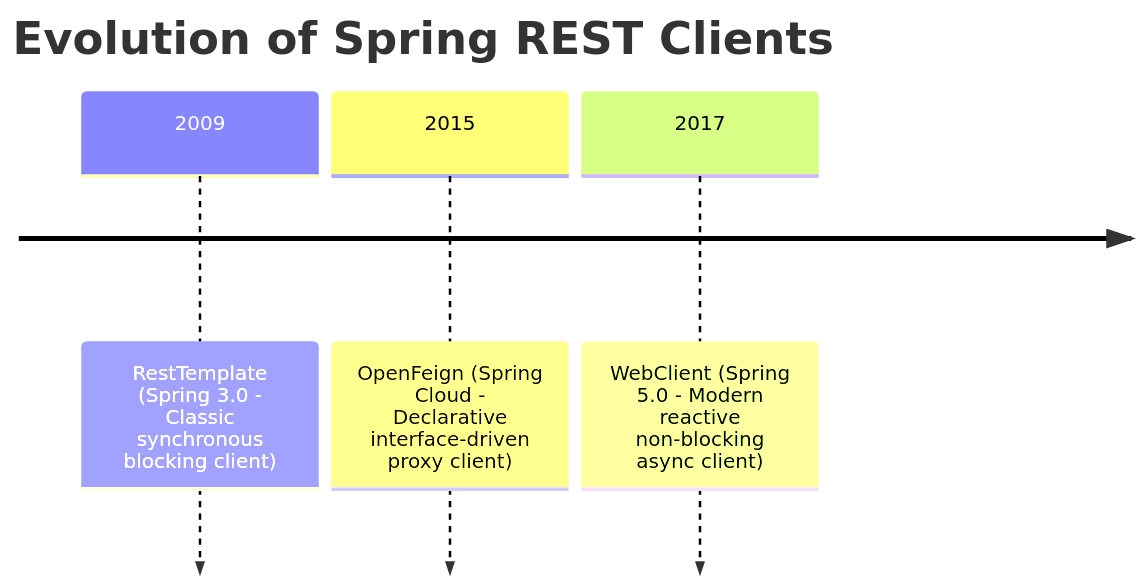
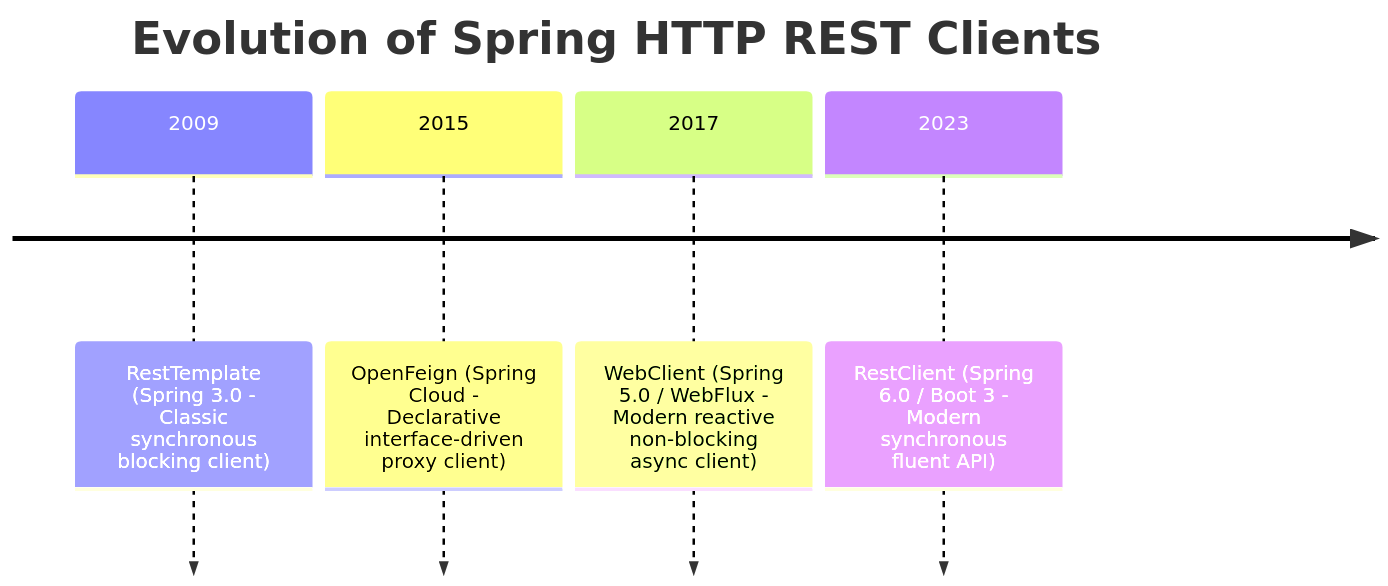
Before and after one commit to rohithgowda18/Notes: the fourth of 10 diagrams in 06-Java-and-Spring-Boot/05-Spring-REST-Microservices-and-Production.md, drawn with Mermaid. The commit also changed other lines of this file and 13 other files, not shown here.

Commit message:
docs: upgrade Spring Boot study guides to Spring Boot 3+, Spring 6, Security 6, Jakarta, and add architecture diagrams

````diff
--- a/06-Java-and-Spring-Boot/05-Spring-REST-Microservices-and-Production.md
+++ b/06-Java-and-Spring-Boot/05-Spring-REST-Microservices-and-Production.md
@@ -114,7 +238,8 @@
 ```mermaid
 timeline
-    title Evolution of Spring REST Clients
+    title Evolution of Spring HTTP REST Clients
     2009 : RestTemplate (Spring 3.0 - Classic synchronous blocking client)
     2015 : OpenFeign (Spring Cloud - Declarative interface-driven proxy client)
-    2017 : WebClient (Spring 5.0 - Modern reactive non-blocking async client)
+    2017 : WebClient (Spring 5.0 / WebFlux - Modern reactive non-blocking async client)
+    2023 : RestClient (Spring 6.0 / Boot 3 - Modern synchronous fluent API)
 ```
````
